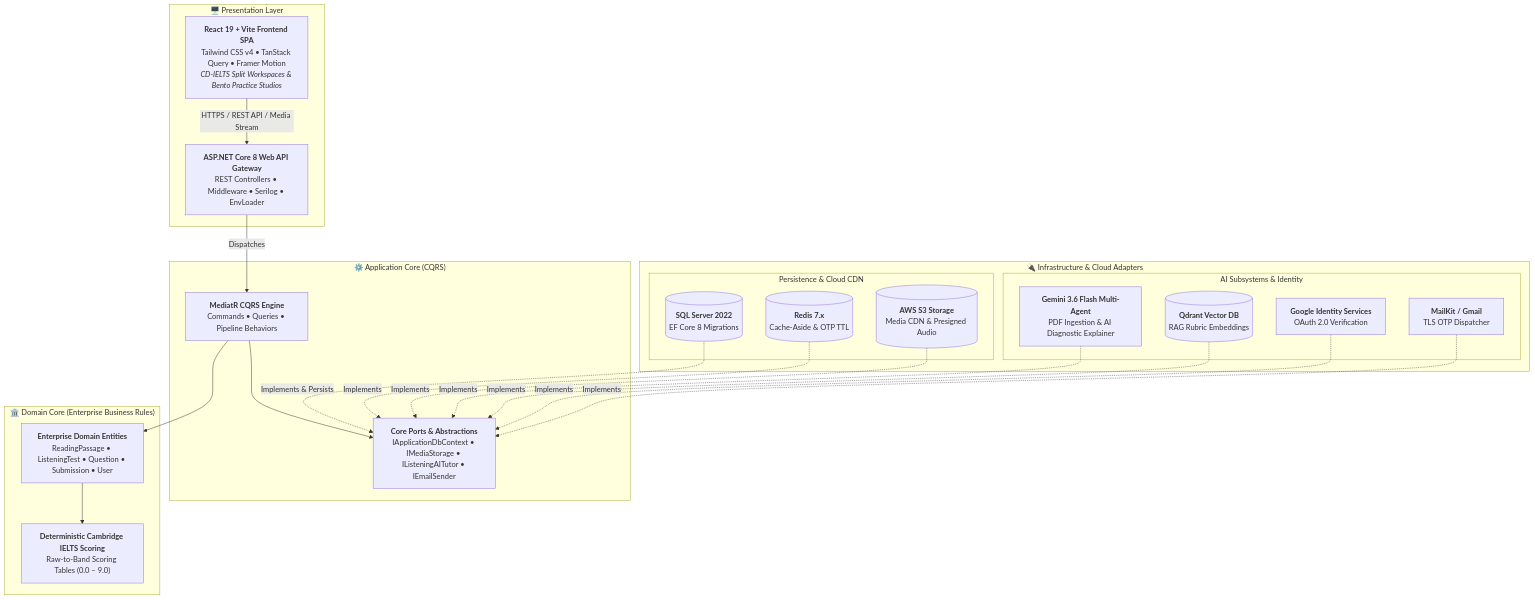
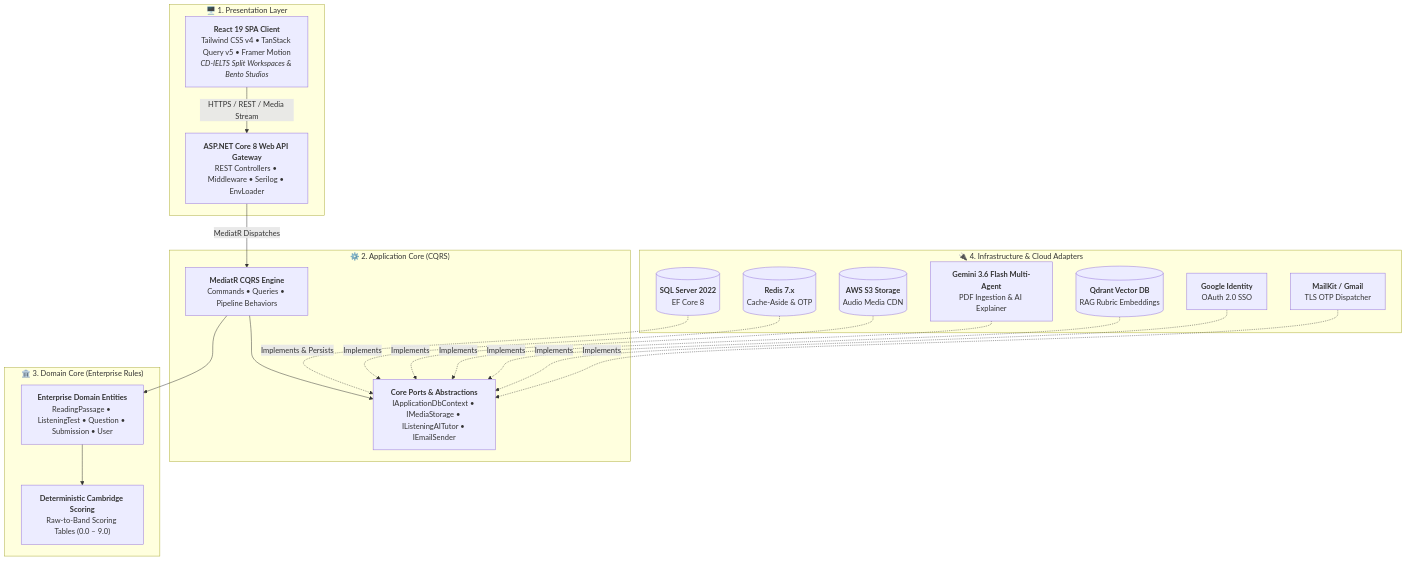
One commit to nvmtamm/EduSphereIELTS changed the first of 4 diagrams in README.md. Above: the diagram before and after it, drawn with Mermaid. The commit also changed other lines of this file and 1 other file, not shown here.

````diff
--- a/README.md
+++ b/README.md
@@ -48,46 +49,41 @@
 ```mermaid
 flowchart TD
-    subgraph Presentation ["🖥️ Presentation Layer"]
-        UI["<b>React 19 + Vite Frontend SPA</b><br/>Tailwind CSS v4 • TanStack Query • Framer Motion<br/><i>CD-IELTS Split Workspaces & Bento Practice Studios</i>"]
+    subgraph Presentation ["🖥️ 1. Presentation Layer"]
+        UI["<b>React 19 SPA Client</b><br/>Tailwind CSS v4 • TanStack Query v5 • Framer Motion<br/><i>CD-IELTS Split Workspaces & Bento Studios</i>"]
         API["<b>ASP.NET Core 8 Web API Gateway</b><br/>REST Controllers • Middleware • Serilog • EnvLoader"]
     end
 
-    subgraph Application ["⚙️ Application Core (CQRS)"]
+    subgraph Application ["⚙️ 2. Application Core (CQRS)"]
         MediatR["<b>MediatR CQRS Engine</b><br/>Commands • Queries • Pipeline Behaviors"]
-        Ports["<b>Core Ports & Abstractions</b><br/>IApplicationDbContext • IMediaStorage • IListeningAITutor • IEmailSender"]
+        Ports["<b>Core Ports &amp; Abstractions</b><br/>IApplicationDbContext • IMediaStorage • IListeningAITutor • IEmailSender"]
     end
 
-    subgraph Domain ["🏛️ Domain Core (Enterprise Business Rules)"]
+    subgraph Domain ["🏛️ 3. Domain Core (Enterprise Rules)"]
         Entities["<b>Enterprise Domain Entities</b><br/>ReadingPassage • ListeningTest • Question • Submission • User"]
-        Scoring["<b>Deterministic Cambridge IELTS Scoring</b><br/>Raw-to-Band Scoring Tables (0.0 – 9.0)"]
+        Scoring["<b>Deterministic Cambridge Scoring</b><br/>Raw-to-Band Scoring Tables (0.0 – 9.0)"]
     end
 
-    subgraph Infrastructure ["🔌 Infrastructure & Cloud Adapters"]
-        subgraph Storage ["Persistence & Cloud CDN"]
-            SQL[("<b>SQL Server 2022</b><br/>EF Core 8 Migrations")]
-            Redis[("<b>Redis 7.x</b><br/>Cache-Aside & OTP TTL")]
-            S3[("<b>AWS S3 Storage</b><br/>Media CDN & Presigned Audio")]
-        end
-
-        subgraph AI_Cloud ["AI Subsystems & Identity"]
-            Gemini["<b>Gemini 3.6 Flash Multi-Agent</b><br/>PDF Ingestion & AI Diagnostic Explainer"]
-            Qdrant[("<b>Qdrant Vector DB</b><br/>RAG Rubric Embeddings")]
-            GoogleAuth["<b>Google Identity Services</b><br/>OAuth 2.0 Verification"]
-            SMTP["<b>MailKit / Gmail</b><br/>TLS OTP Dispatcher"]
-        end
+    subgraph Infrastructure ["🔌 4. Infrastructure &amp; Cloud Adapters"]
+        SQL[("<b>SQL Server 2022</b><br/>EF Core 8")]
+        Redis[("<b>Redis 7.x</b><br/>Cache-Aside &amp; OTP")]
+        S3[("<b>AWS S3 Storage</b><br/>Audio Media CDN")]
+        Gemini["<b>Gemini 3.6 Flash Multi-Agent</b><br/>PDF Ingestion &amp; AI Explainer"]
+        Qdrant[("<b>Qdrant Vector DB</b><br/>RAG Rubric Embeddings")]
+        GoogleAuth["<b>Google Identity</b><br/>OAuth 2.0 SSO"]
+        SMTP["<b>MailKit / Gmail</b><br/>TLS OTP Dispatcher"]
     end
 
-    UI -->|"HTTPS / REST API / Media Stream"| API
-    API -->|"Dispatches"| MediatR
+    UI -->|"HTTPS / REST / Media Stream"| API
+    API -->|"MediatR Dispatches"| MediatR
     MediatR --> Ports
     MediatR --> Entities
     Entities --> Scoring
 
-    SQL -.->|"Implements & Persists"| Ports
+    SQL -.->|"Implements &amp; Persists"| Ports
     Redis -.->|"Implements"| Ports
     S3 -.->|"Implements"| Ports
     Gemini -.->|"Implements"| Ports
     Qdrant -.->|"Implements"| Ports
     GoogleAuth -.->|"Implements"| Ports
     SMTP -.->|"Implements"| Ports
 ```
````
